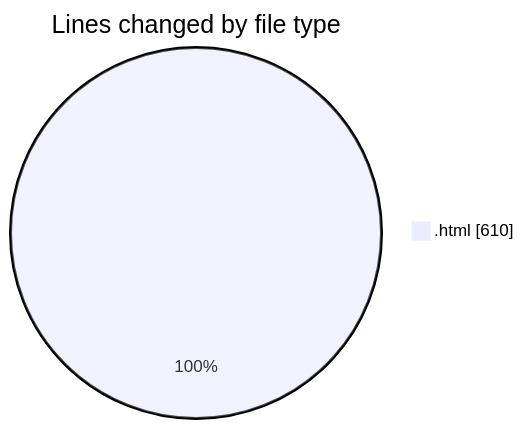
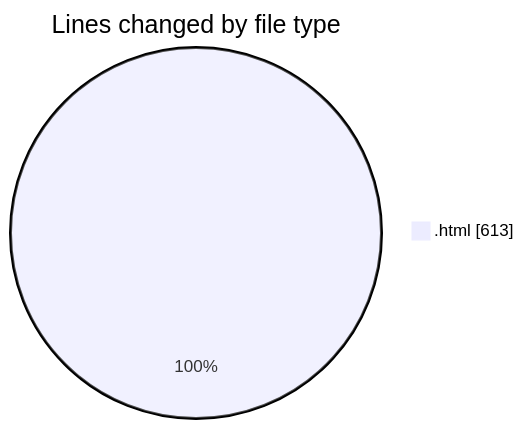
One commit to LanceThiago/code-tracking changed the first of 2 diagrams in 2025-01-13/nueva_carpeta/README.md. Above: the diagram before and after it, drawn with Mermaid. The commit also changed other lines of this file and 1 other file, not shown here.

````diff
--- a/2025-01-13/nueva_carpeta/README.md
+++ b/2025-01-13/nueva_carpeta/README.md
@@ -20,5 +20,5 @@
 ```mermaid
 pie showData
 title Lines changed by file type
-".html" : 610
+".html" : 613
 ```
````
